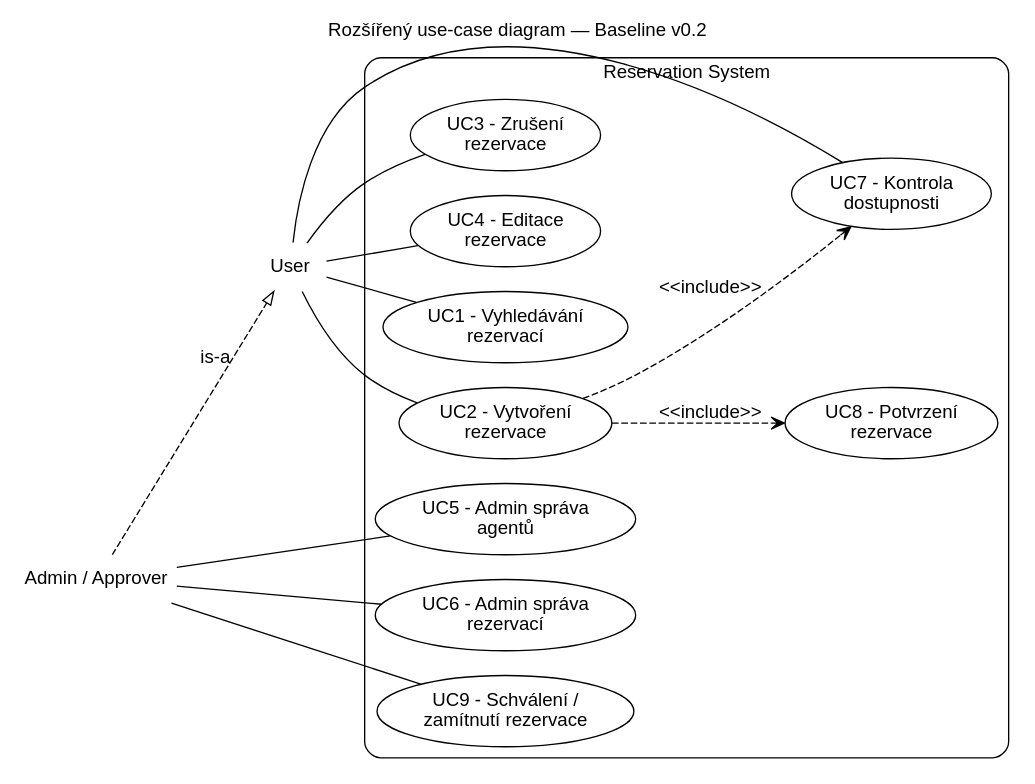
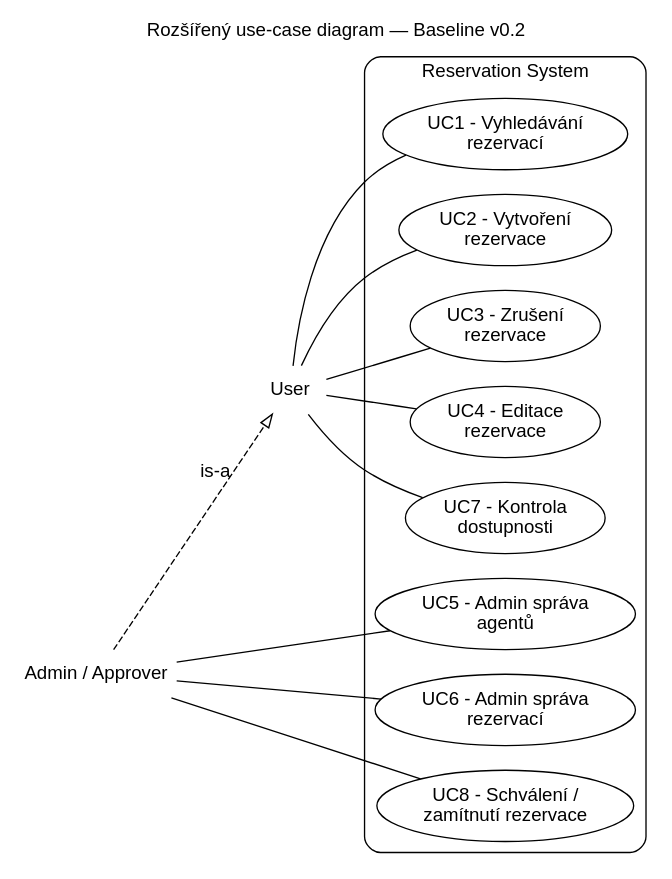
One commit to Ten-James/swi-proj changed the diagram in docs/diagrams/dot/07-use-case-v02.dot. Above: the diagram before and after it, drawn with Graphviz. The commit also changed 41 other files, not shown here.

```diff
--- a/docs/diagrams/dot/07-use-case-v02.dot
+++ b/docs/diagrams/dot/07-use-case-v02.dot
@@ -1,22 +1,19 @@
 digraph G {
   graph [rankdir=LR, fontname="Arial", labelloc="t", label="Rozšířený use-case diagram — Baseline v0.2"];
   node [fontname="Arial"]; edge [fontname="Arial",dir=none];
   User [shape=plaintext,label="User"]; Admin [shape=plaintext,label="Admin / Approver"];
   subgraph cluster_rs {
     label="Reservation System"; style=rounded;
     UC1 [shape=ellipse,label="UC1 - Vyhledávání\nrezervací"];
     UC2 [shape=ellipse,label="UC2 - Vytvoření\nrezervace"];
     UC3 [shape=ellipse,label="UC3 - Zrušení\nrezervace"];
     UC4 [shape=ellipse,label="UC4 - Editace\nrezervace"];
     UC5 [shape=ellipse,label="UC5 - Admin správa\nagentů"];
     UC6 [shape=ellipse,label="UC6 - Admin správa\nrezervací"];
     UC7 [shape=ellipse,label="UC7 - Kontrola\ndostupnosti"];
-    UC8 [shape=ellipse,label="UC8 - Potvrzení\nrezervace"];
-    UC9 [shape=ellipse,label="UC9 - Schválení /\nzamítnutí rezervace"];
+    UC8 [shape=ellipse,label="UC8 - Schválení /\nzamítnutí rezervace"];
   }
   User->UC1; User->UC2; User->UC3; User->UC4; User->UC7;
-  Admin->UC5; Admin->UC6; Admin->UC9;
+  Admin->UC5; Admin->UC6; Admin->UC8;
   Admin->User [dir=forward,arrowhead=empty,label="is-a",style=dashed];
-  UC2->UC7 [dir=forward,arrowhead=open,style=dashed,label="<<include>>"];
-  UC2->UC8 [dir=forward,arrowhead=open,style=dashed,label="<<include>>"];
 }
```
